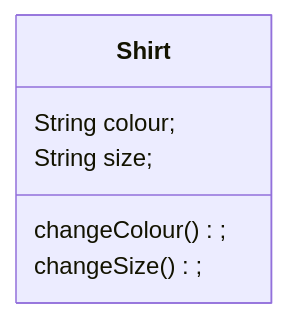
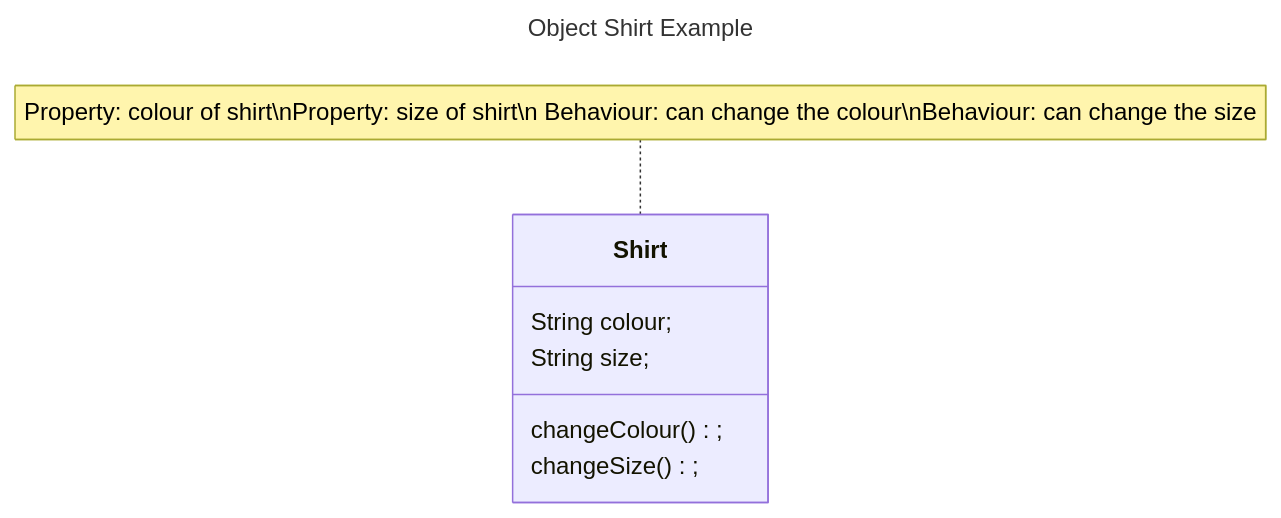
The diagram in README.md (ScarlettRobotics/Lesson-2), drawn with Mermaid before and after one commit. The commit also changed other lines of this file and 4 other files, not shown here.

````diff
--- a/README.md
+++ b/README.md
@@ -13,13 +13,15 @@
 ```mermaid
+---
+title: Object Shirt Example
+---
 classDiagram
-
-not for
-class Shirt{
-String colour;
-String size;
-
-changeColour();
-changeSize();
-
+    
+  note for Shirt "Property: colour of shirt\nProperty: size of shirt\n Behaviour: can change the colour\nBehaviour: can change the size"
+  class Shirt{
+  String colour;
+  String size;
+  
+  changeColour();
+  changeSize();
 }
 ```
````
